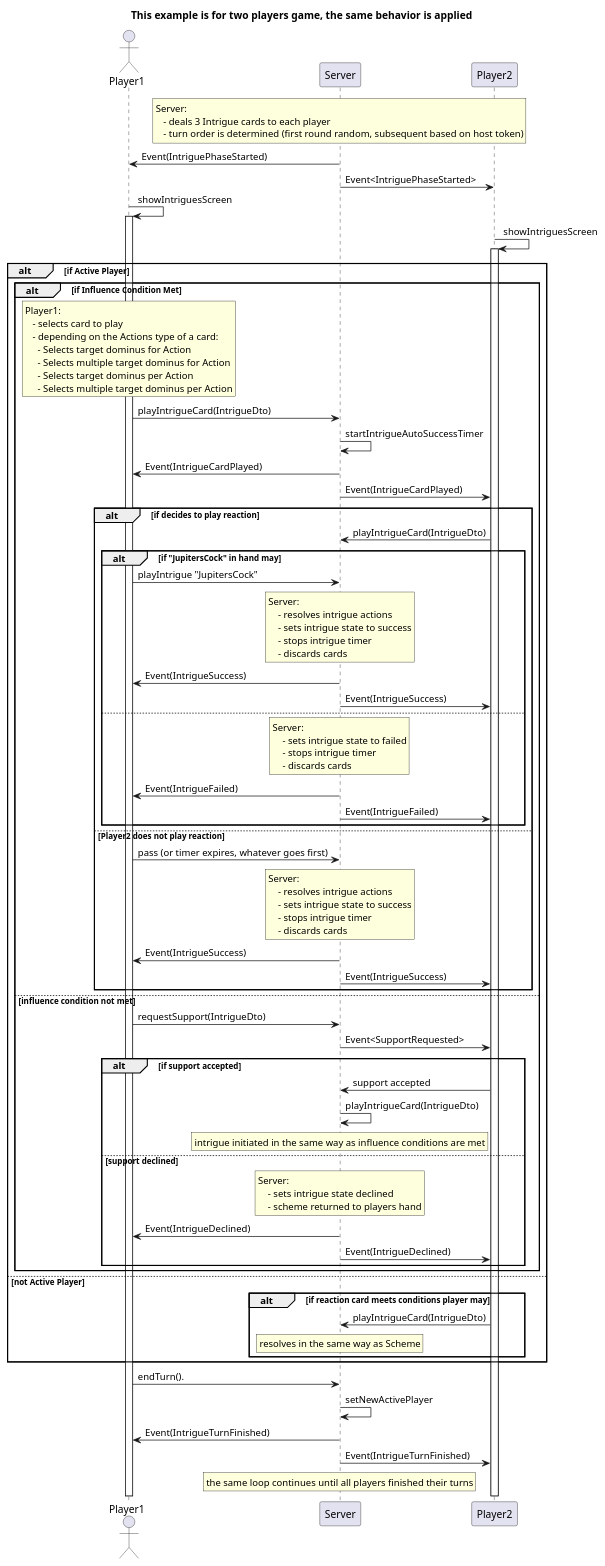
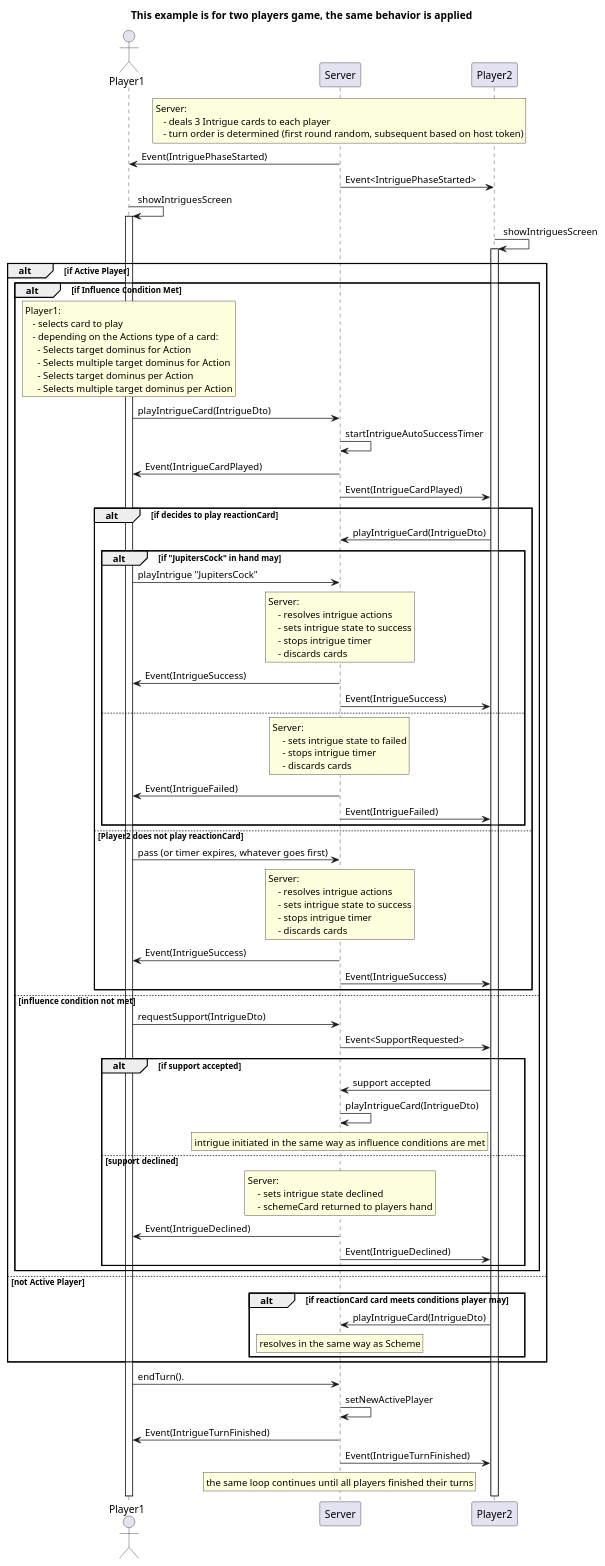
One commit to v-bodnar/Spartaaa changed the diagram in Docs/IntrigueSequenceDiagram.puml. Above: the diagram before and after it, drawn with PlantUML. The commit also changed 69 other files, not shown here.

```diff
--- a/Docs/IntrigueSequenceDiagram.puml
+++ b/Docs/IntrigueSequenceDiagram.puml
@@ -1,106 +1,106 @@
 @startuml
 title
 This example is for two players game, the same behavior is applied
 end title
 
 actor Player1
 rnote over Server
  Server:
     - deals 3 Intrigue cards to each player
     - turn order is determined (first round random, subsequent based on host token)
 endrnote
 
 Server -> Player1: Event(IntriguePhaseStarted)
 & Server -> Player2: Event<IntriguePhaseStarted>
 Player1 -> Player1: showIntriguesScreen
 activate Player1
 & Player2 -> Player2: showIntriguesScreen
 activate Player2
 alt if Active Player
     alt if Influence Condition Met
         rnote over Player1
          Player1:
             - selects card to play
             - depending on the Actions type of a card:
               - Selects target dominus for Action
               - Selects multiple target dominus for Action
               - Selects target dominus per Action
               - Selects multiple target dominus per Action
         endrnote
         Player1 -> Server: playIntrigueCard(IntrigueDto)
         Server -> Server: startIntrigueAutoSuccessTimer
         Server -> Player1: Event(IntrigueCardPlayed)
         Server -> Player2: Event(IntrigueCardPlayed)
-            alt if decides to play reaction
+            alt if decides to play reactionCard
                     Player2 -> Server: playIntrigueCard(IntrigueDto)
                     alt if "JupitersCock" in hand may
                         Player1 -> Server: playIntrigue "JupitersCock"
                         rnote over Server
                         Server:
                             - resolves intrigue actions
                             - sets intrigue state to success
                             - stops intrigue timer
                             - discards cards
                         endrnote
                         Server -> Player1: Event(IntrigueSuccess)
                         Server -> Player2: Event(IntrigueSuccess)
                     else
                         rnote over Server
                         Server:
                             - sets intrigue state to failed
                             - stops intrigue timer
                             - discards cards
                         endrnote
 
                         Server -> Player1: Event(IntrigueFailed)
                         Server -> Player2: Event(IntrigueFailed)
                     end
-                else Player2 does not play reaction
+                else Player2 does not play reactionCard
                     Player1 -> Server: pass (or timer expires, whatever goes first)
                     rnote over Server
                     Server:
                         - resolves intrigue actions
                         - sets intrigue state to success
                         - stops intrigue timer
                         - discards cards
                     endrnote
                     Server -> Player1: Event(IntrigueSuccess)
                     Server -> Player2: Event(IntrigueSuccess)
             end
     else influence condition not met
         Player1 -> Server: requestSupport(IntrigueDto)
         Server -> Player2: Event<SupportRequested>
         alt if support accepted
             Player2 -> Server: support accepted
             Server -> Server: playIntrigueCard(IntrigueDto)
             rnote over Server
                 intrigue initiated in the same way as influence conditions are met
             endrnote
         else support declined
             rnote over Server
             Server:
                 - sets intrigue state declined
-                - scheme returned to players hand
+                - schemeCard returned to players hand
             endrnote
             Server -> Player1: Event(IntrigueDeclined)
             Server -> Player2: Event(IntrigueDeclined)
         end
     end
 else not Active Player
-    alt if reaction card meets conditions player may
+    alt if reactionCard card meets conditions player may
         Player2 -> Server: playIntrigueCard(IntrigueDto)
         rnote over Server
             resolves in the same way as Scheme
         endrnote
     end
 end
 
 Player1 -> Server: endTurn().
 Server -> Server: setNewActivePlayer
 Server -> Player1: Event(IntrigueTurnFinished)
 Server -> Player2: Event(IntrigueTurnFinished)
 rnote over Server
      the same loop continues until all players finished their turns
 endrnote
 
 @enduml
```
